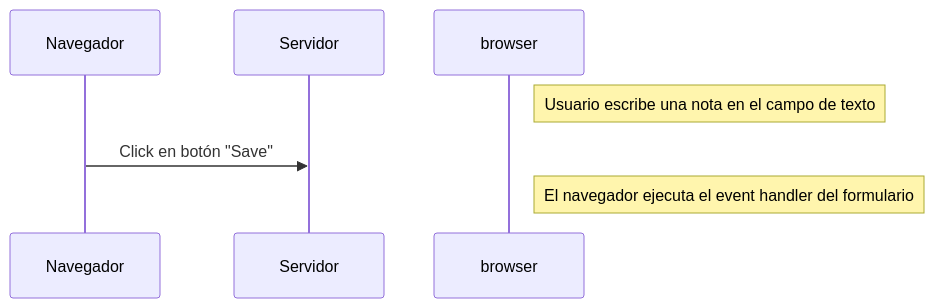
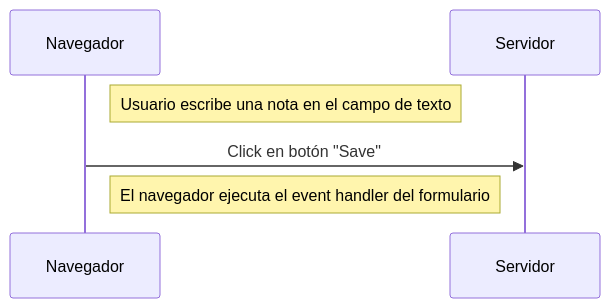
The diagram in exercise 0.4.md (aiantorres/FullStackOpen), drawn with Mermaid before and after one commit.

Commit message:
Update exercise 0.4.md

````diff
--- a/exercise 0.4.md
+++ b/exercise 0.4.md
@@ -1,9 +1,9 @@
 ```mermaid
 sequenceDiagram
  
     participant Navegador
     participant Servidor
-    Note right of browser: Usuario escribe una nota en el campo de texto
+    Note right of Navegador: Usuario escribe una nota en el campo de texto
     Navegador->>Servidor: Click en botón "Save"
-    Note right of browser: El navegador ejecuta el event handler del formulario
+    Note right of Navegador: El navegador ejecuta el event handler del formulario
 ```
````
